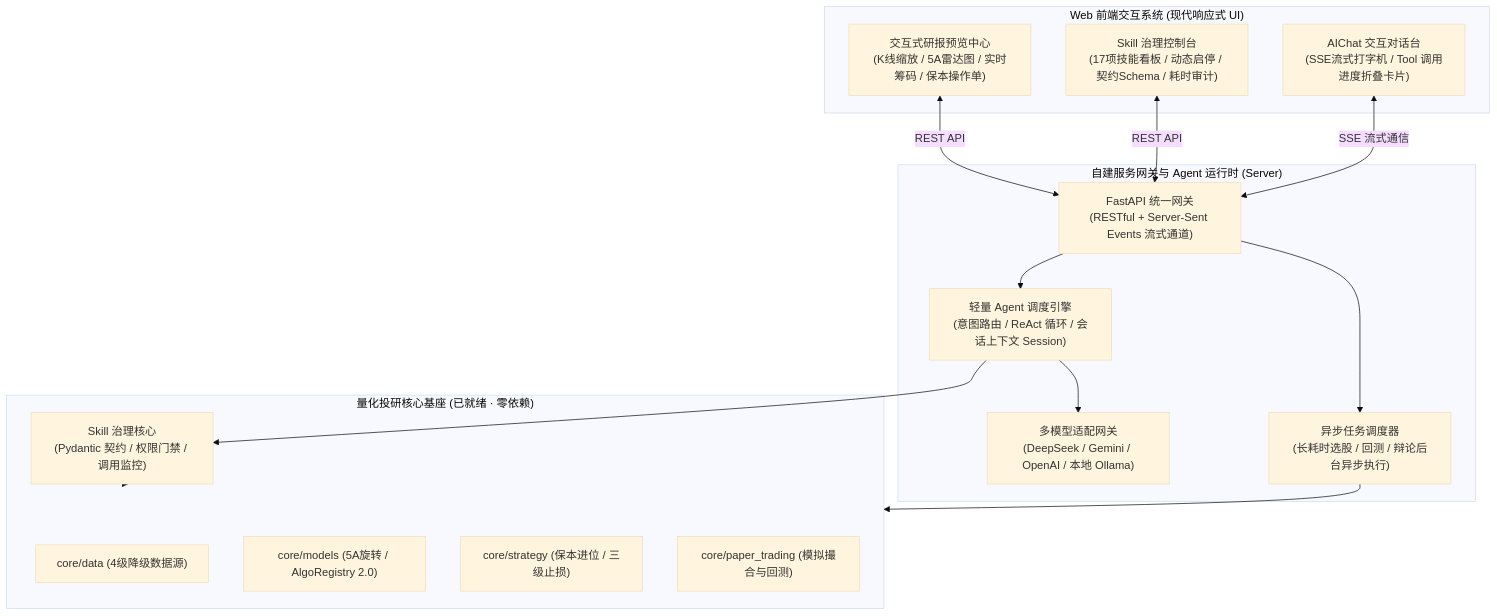
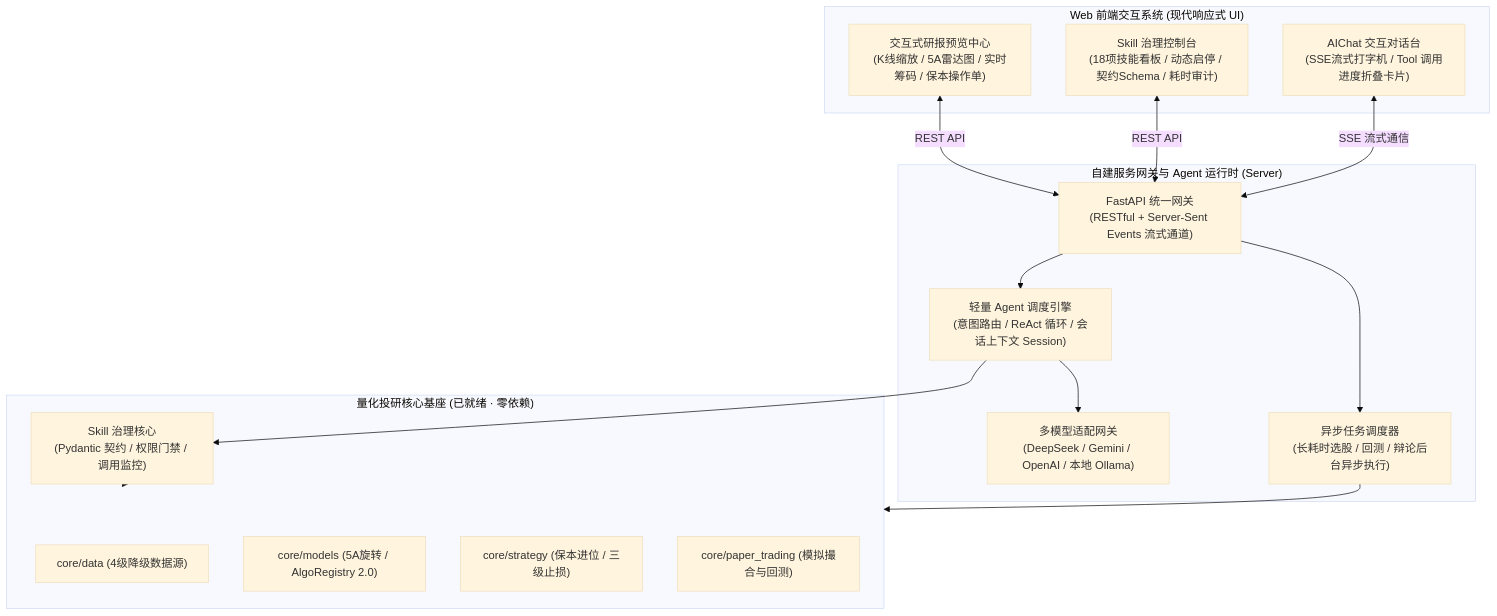
The diagram in README.md (cvdnn/a_stock_agents), drawn with Mermaid (base theme) before and after one commit. The commit also changed other lines of this file and 62 other files, not shown here.

````diff
--- a/README.md
+++ b/README.md
@@ -329,33 +329,33 @@
 ```mermaid
 flowchart TB
     subgraph Frontend["Web 前端交互系统 (现代响应式 UI)"]
         UI_Chat["AIChat 交互对话台\n(SSE流式打字机 / Tool 调用进度折叠卡片)"]
-        UI_Gov["Skill 治理控制台\n(17项技能看板 / 动态启停 / 契约Schema / 耗时审计)"]
+        UI_Gov["Skill 治理控制台\n(18项技能看板 / 动态启停 / 契约Schema / 耗时审计)"]
         UI_Report["交互式研报预览中心\n(K线缩放 / 5A雷达图 / 实时筹码 / 保本操作单)"]
     end
 
     subgraph Gateway["自建服务网关与 Agent 运行时 (Server)"]
         API["FastAPI 统一网关\n(RESTful + Server-Sent Events 流式通道)"]
         Orchestrator["轻量 Agent 调度引擎\n(意图路由 / ReAct 循环 / 会话上下文 Session)"]
         LLM_GW["多模型适配网关\n(DeepSeek / Gemini / OpenAI / 本地 Ollama)"]
         TaskQueue["异步任务调度器\n(长耗时选股 / 回测 / 辩论后台异步执行)"]
     end
 
     subgraph CoreEngine["量化投研核心基座 (已就绪 · 零依赖)"]
         SkillGov["Skill 治理核心\n(Pydantic 契约 / 权限门禁 / 调用监控)"]
         Core_Data["core/data (4级降级数据源)"]
         Core_Models["core/models (5A旋转 / AlgoRegistry 2.0)"]
         Core_Strategy["core/strategy (保本进位 / 三级止损)"]
         Core_Trade["core/paper_trading (模拟撮合与回测)"]
     end
 
     UI_Chat <-->|SSE 流式通信| API
     UI_Gov <-->|REST API| API
     UI_Report <-->|REST API| API
     API --> Orchestrator
     Orchestrator --> LLM_GW
     Orchestrator --> SkillGov
     API --> TaskQueue
     TaskQueue --> CoreEngine
     SkillGov --> CoreEngine
 ```
````
